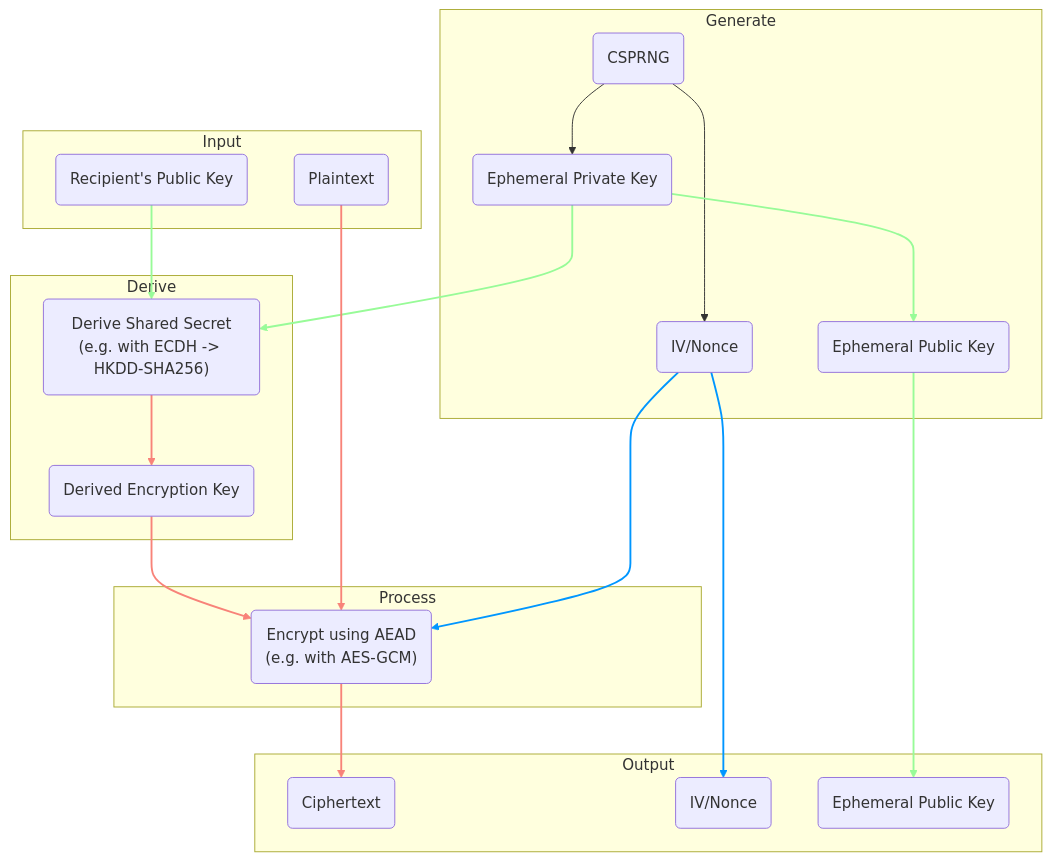
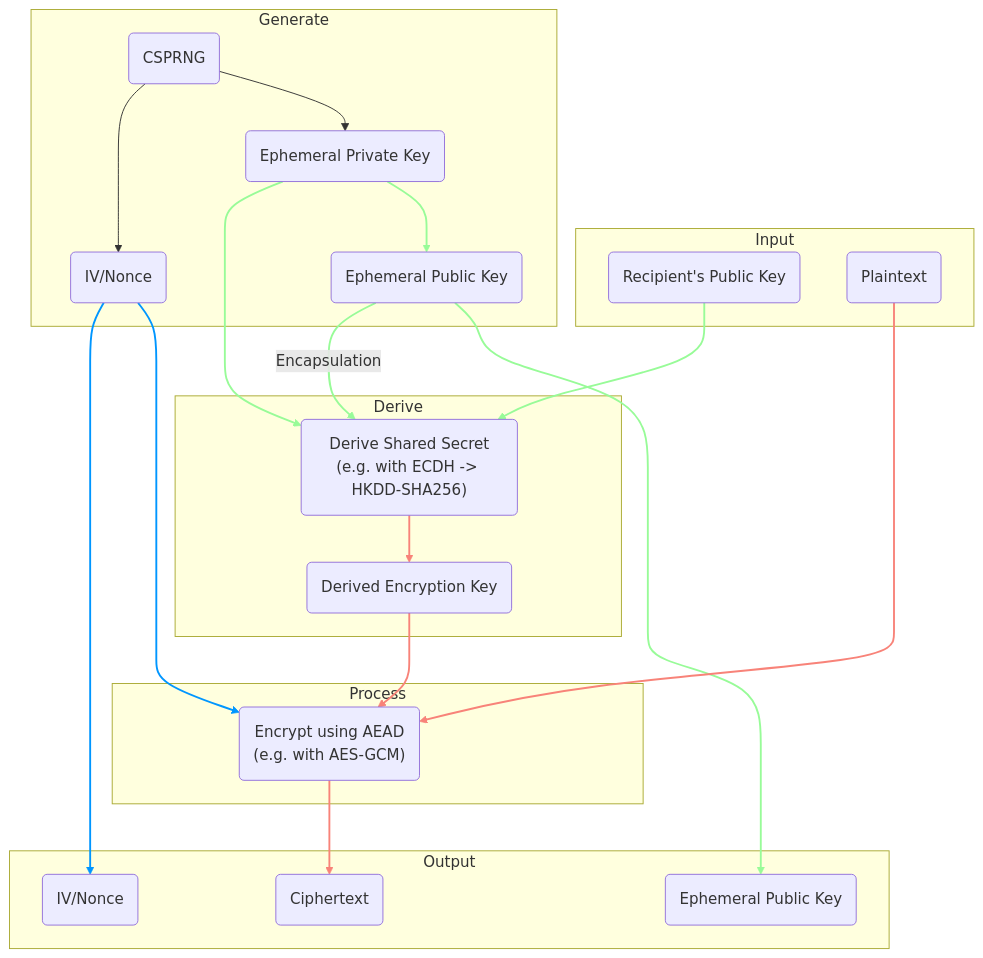
One commit to TJRoh01/libes changed the second of 3 diagrams in README.md. Above: the diagram before and after it, drawn with Mermaid. The commit also changed other lines of this file, not shown here.

````diff
--- a/README.md
+++ b/README.md
@@ -184,56 +186,58 @@
 ```mermaid
 graph TB
     subgraph Input
         RK(Recipient's Public Key)
         MSG(Plaintext)
     end
     
     subgraph Generate
         CSPRNG(CSPRNG)
         EK_PUB(Ephemeral Public Key)
         EK_PRI(Ephemeral Private Key)
         IV(IV/Nonce)
     end
     
     subgraph Derive
         DER_FN("Derive Shared Secret</br>(e.g. with ECDH -> HKDD-SHA256)")
         DER_ENC_KEY("Derived Encryption Key")
     end
     
     subgraph Process
         ENC_FN("Encrypt using AEAD</br>(e.g. with AES-GCM)")
     end
     
     subgraph Output
         ENC_OUT(Ciphertext)
         IV_OUT(IV/Nonce)
         EK_OUT(Ephemeral Public Key)
     end
     
     CSPRNG --> EK_PRI & IV
     EK_PRI --> EK_PUB
     EK_PUB --> EK_OUT
     RK --> DER_FN
     EK_PRI --> DER_FN
     DER_FN --> DER_ENC_KEY
     DER_ENC_KEY --> ENC_FN
     MSG --> ENC_FN
     ENC_FN --> ENC_OUT
     IV --> ENC_FN & IV_OUT
+    EK_PUB --> |Encapsulation| DER_FN
     
     %% Elliptic Curve Key link colorization
     linkStyle 2 stroke:#98fb98,stroke-width:2px;
     linkStyle 3 stroke:#98fb98,stroke-width:2px;
     linkStyle 4 stroke:#98fb98,stroke-width:2px;
     linkStyle 5 stroke:#98fb98,stroke-width:2px;
+    linkStyle 12 stroke:#98fb98,stroke-width:2px;
     
     %% Nonce link colorization
     linkStyle 10 stroke:#0096ff,stroke-width:2px;
     linkStyle 11 stroke:#0096ff,stroke-width:2px;
     
     %% Encryption link colorization
     linkStyle 6 stroke:#f88379,stroke-width:2px;
     linkStyle 7 stroke:#f88379,stroke-width:2px;
     linkStyle 8 stroke:#f88379,stroke-width:2px;
     linkStyle 9 stroke:#f88379,stroke-width:2px;
 ```
````
